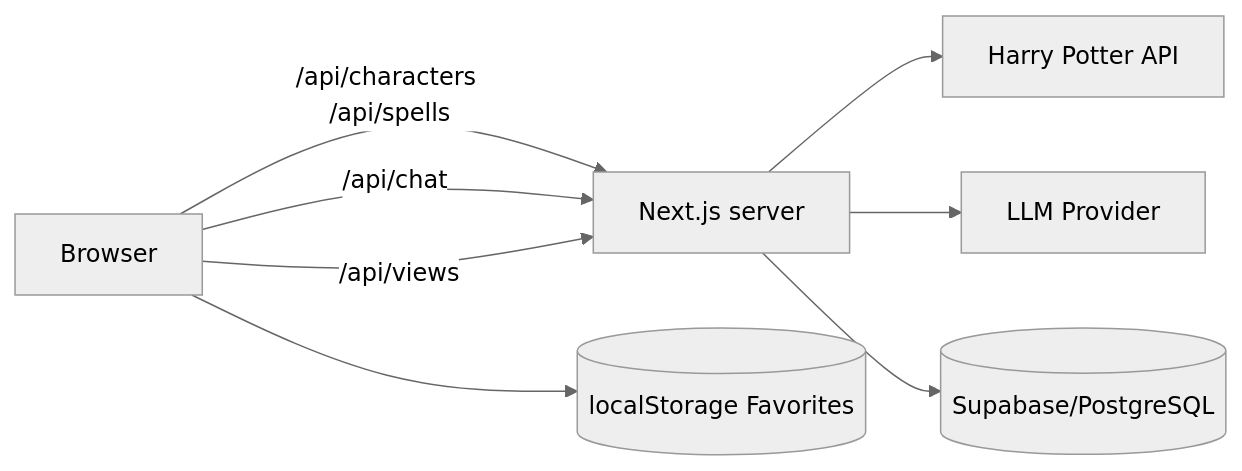
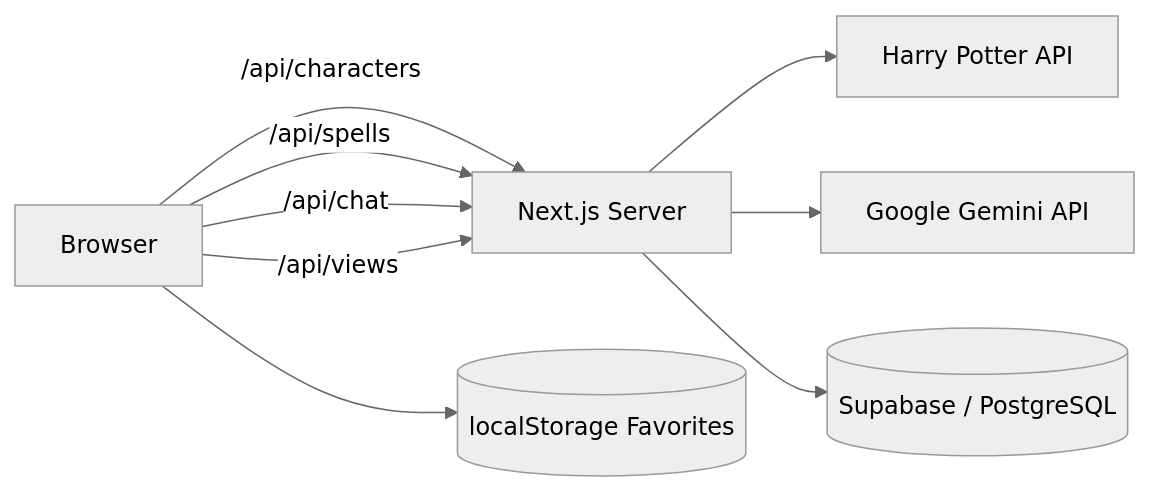
Before and after one commit to shokanm/harry-potter-explorer-ChatGPT: the diagram in README.md, drawn with Mermaid (neutral theme). The commit also changed other lines of this file, not shown here.

````diff
--- a/README.md
+++ b/README.md
@@ -47,10 +50,13 @@
 ```mermaid
 flowchart LR
-    B[Browser] -->|/api/characters /api/spells| N[Next.js server]
+    B[Browser] -->|/api/characters| N[Next.js Server]
+    B -->|/api/spells| N
     B -->|/api/chat| N
     B -->|/api/views| N
+
     N --> H[Harry Potter API]
-    N --> L[LLM Provider]
-    N --> S[(Supabase/PostgreSQL)]
+    N --> G[Google Gemini API]
+    N --> S[(Supabase / PostgreSQL)]
+
     B --> LS[(localStorage Favorites)]
 ```
````
